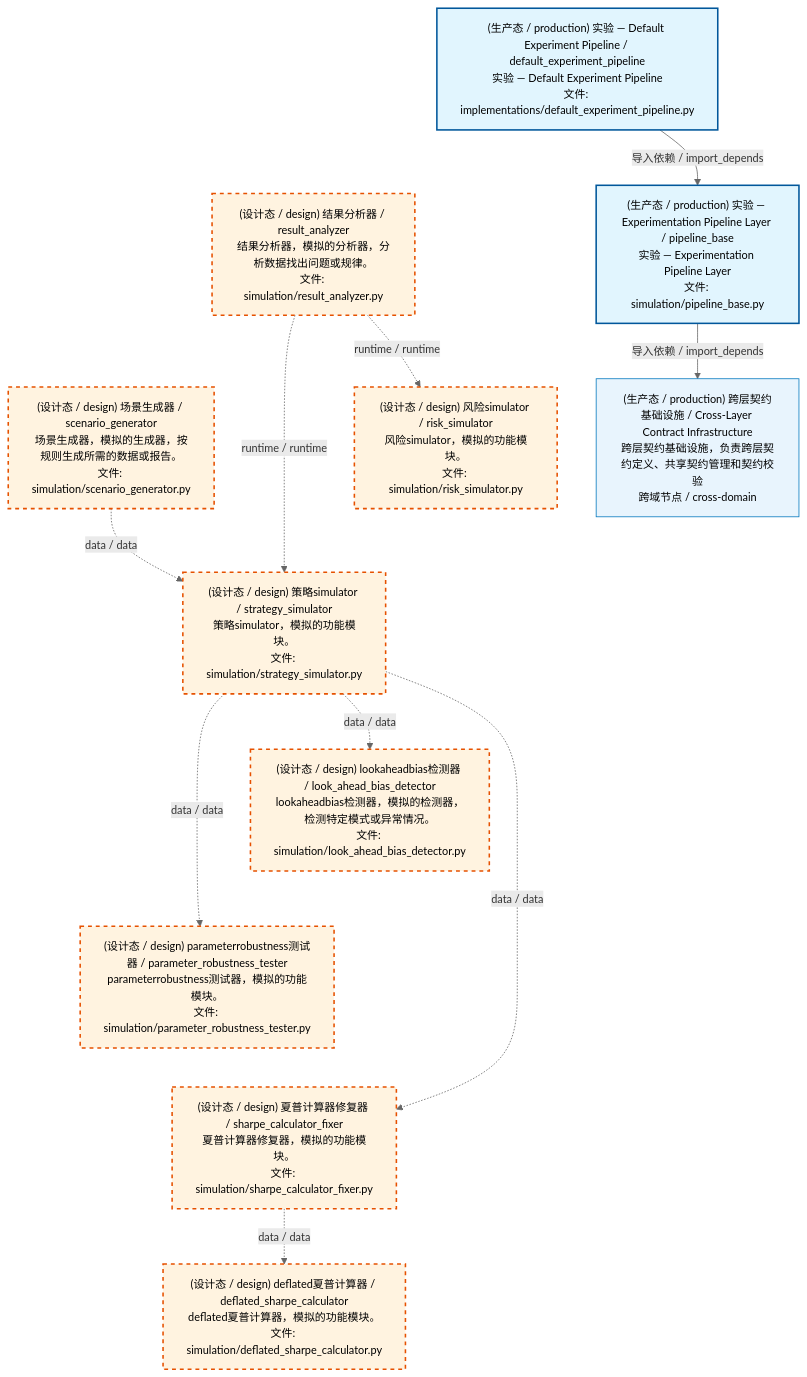
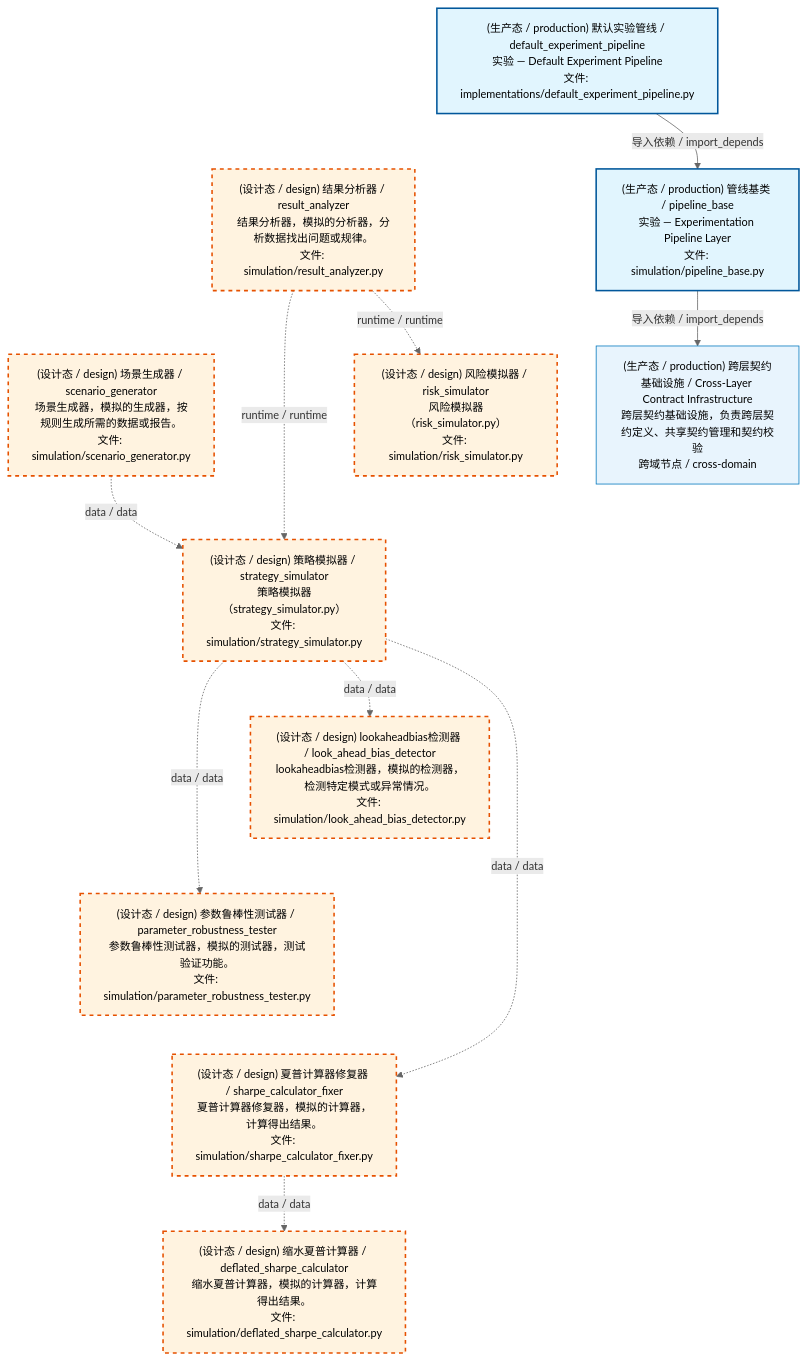
Before and after one commit to xuanFelixVan/ZephyrAlpha: the first of 4 diagrams in docs/02_enterprise_architecture/02_domain_architecture_docs/70_d_simulation.md, drawn with Mermaid. The commit also changed other lines of this file and 50 other files, not shown here.

````diff
--- a/docs/02_enterprise_architecture/02_domain_architecture_docs/70_d_simulation.md
+++ b/docs/02_enterprise_architecture/02_domain_architecture_docs/70_d_simulation.md
@@ -53,37 +53,37 @@
 ```mermaid
 %%{init: {'theme': 'base', 'themeVariables': {'primaryColor': '#eaeaea', 'primaryTextColor': '#333333', 'primaryBorderColor': '#666666', 'lineColor': '#666666', 'secondaryColor': '#eaeaea', 'tertiaryColor': '#eaeaea', 'fontSize': '14px'}}}%%
 flowchart TD
-    src_zephyr_simulation_implementations_default_experiment_pipeline_py["(生产态 / production) 实验 — Default Experiment Pipeline / default_experiment_pipeline<br/>实验 — Default Experiment Pipeline<br/>文件: implementations/default_experiment_pipeline.py"]
+    src_zephyr_simulation_implementations_default_experiment_pipeline_py["(生产态 / production) 默认实验管线 / default_experiment_pipeline<br/>实验 — Default Experiment Pipeline<br/>文件: implementations/default_experiment_pipeline.py"]
     src_zephyr_simulation_result_analyzer_py["(设计态 / design) 结果分析器 / result_analyzer<br/>结果分析器，模拟的分析器，分析数据找出问题或规律。<br/>文件: simulation/result_analyzer.py"]
     src_zephyr_simulation_scenario_generator_py["(设计态 / design) 场景生成器 / scenario_generator<br/>场景生成器，模拟的生成器，按规则生成所需的数据或报告。<br/>文件: simulation/scenario_generator.py"]
     src_zephyr_simulation_implementations_default_experiment_pipeline_py ~~~ src_zephyr_simulation_result_analyzer_py
     src_zephyr_simulation_result_analyzer_py ~~~ src_zephyr_simulation_scenario_generator_py
-    src_zephyr_simulation_pipeline_base_py["(生产态 / production) 实验 — Experimentation Pipeline Layer / pipeline_base<br/>实验 — Experimentation Pipeline Layer<br/>文件: simulation/pipeline_base.py"]
-    src_zephyr_simulation_risk_simulator_py["(设计态 / design) 风险simulator / risk_simulator<br/>风险simulator，模拟的功能模块。<br/>文件: simulation/risk_simulator.py"]
-    src_zephyr_simulation_strategy_simulator_py["(设计态 / design) 策略simulator / strategy_simulator<br/>策略simulator，模拟的功能模块。<br/>文件: simulation/strategy_simulator.py"]
+    src_zephyr_simulation_pipeline_base_py["(生产态 / production) 管线基类 / pipeline_base<br/>实验 — Experimentation Pipeline Layer<br/>文件: simulation/pipeline_base.py"]
+    src_zephyr_simulation_risk_simulator_py["(设计态 / design) 风险模拟器 / risk_simulator<br/>风险模拟器（risk_simulator.py）<br/>文件: simulation/risk_simulator.py"]
+    src_zephyr_simulation_strategy_simulator_py["(设计态 / design) 策略模拟器 / strategy_simulator<br/>策略模拟器（strategy_simulator.py）<br/>文件: simulation/strategy_simulator.py"]
     src_zephyr_simulation_pipeline_base_py ~~~ src_zephyr_simulation_risk_simulator_py
     src_zephyr_simulation_risk_simulator_py ~~~ src_zephyr_simulation_strategy_simulator_py
     src_zephyr_simulation_look_ahead_bias_detector_py["(设计态 / design) lookaheadbias检测器 / look_ahead_bias_detector<br/>lookaheadbias检测器，模拟的检测器，检测特定模式或异常情况。<br/>文件: simulation/look_ahead_bias_detector.py"]
-    src_zephyr_simulation_parameter_robustness_tester_py["(设计态 / design) parameterrobustness测试器 / parameter_robustness_tester<br/>parameterrobustness测试器，模拟的功能模块。<br/>文件: simulation/parameter_robustness_tester.py"]
-    src_zephyr_simulation_sharpe_calculator_fixer_py["(设计态 / design) 夏普计算器修复器 / sharpe_calculator_fixer<br/>夏普计算器修复器，模拟的功能模块。<br/>文件: simulation/sharpe_calculator_fixer.py"]
+    src_zephyr_simulation_parameter_robustness_tester_py["(设计态 / design) 参数鲁棒性测试器 / parameter_robustness_tester<br/>参数鲁棒性测试器，模拟的测试器，测试验证功能。<br/>文件: simulation/parameter_robustness_tester.py"]
+    src_zephyr_simulation_sharpe_calculator_fixer_py["(设计态 / design) 夏普计算器修复器 / sharpe_calculator_fixer<br/>夏普计算器修复器，模拟的计算器，计算得出结果。<br/>文件: simulation/sharpe_calculator_fixer.py"]
     src_zephyr_simulation_look_ahead_bias_detector_py ~~~ src_zephyr_simulation_parameter_robustness_tester_py
     src_zephyr_simulation_parameter_robustness_tester_py ~~~ src_zephyr_simulation_sharpe_calculator_fixer_py
-    src_zephyr_simulation_deflated_sharpe_calculator_py["(设计态 / design) deflated夏普计算器 / deflated_sharpe_calculator<br/>deflated夏普计算器，模拟的功能模块。<br/>文件: simulation/deflated_sharpe_calculator.py"]
+    src_zephyr_simulation_deflated_sharpe_calculator_py["(设计态 / design) 缩水夏普计算器 / deflated_sharpe_calculator<br/>缩水夏普计算器，模拟的计算器，计算得出结果。<br/>文件: simulation/deflated_sharpe_calculator.py"]
     src_zephyr_simulation_strategy_simulator_py -.->|data / data| src_zephyr_simulation_parameter_robustness_tester_py
     src_zephyr_simulation_strategy_simulator_py -.->|data / data| src_zephyr_simulation_look_ahead_bias_detector_py
     src_zephyr_simulation_strategy_simulator_py -.->|data / data| src_zephyr_simulation_sharpe_calculator_fixer_py
     src_zephyr_simulation_scenario_generator_py -.->|data / data| src_zephyr_simulation_strategy_simulator_py
     src_zephyr_simulation_result_analyzer_py -.->|runtime / runtime| src_zephyr_simulation_strategy_simulator_py
     src_zephyr_simulation_result_analyzer_py -.->|runtime / runtime| src_zephyr_simulation_risk_simulator_py
     src_zephyr_simulation_sharpe_calculator_fixer_py -.->|data / data| src_zephyr_simulation_deflated_sharpe_calculator_py
     src_zephyr_simulation_implementations_default_experiment_pipeline_py -->|导入依赖 / import_depends| src_zephyr_simulation_pipeline_base_py
     D_INFRASTRUCTURE["(生产态 / production) 跨层契约基础设施 / Cross-Layer Contract Infrastructure<br/>跨层契约基础设施，负责跨层契约定义、共享契约管理和契约校验<br/>跨域节点 / cross-domain"]
     src_zephyr_simulation_pipeline_base_py -->|导入依赖 / import_depends| D_INFRASTRUCTURE
     classDef production fill:#e1f5fe,stroke:#01579b,stroke-width:2px,color:#000
     classDef design fill:#fff3e0,stroke:#e65100,stroke-width:2px,color:#000,stroke-dasharray: 5 5
     classDef external_prod fill:#e8f4fd,stroke:#0277bd,stroke-width:1px,color:#000
     classDef external_design fill:#fff8e7,stroke:#ef6c00,stroke-width:1px,color:#000,stroke-dasharray: 5 5
     class src_zephyr_simulation_implementations_default_experiment_pipeline_py,src_zephyr_simulation_pipeline_base_py production
     class src_zephyr_simulation_deflated_sharpe_calculator_py,src_zephyr_simulation_look_ahead_bias_detector_py,src_zephyr_simulation_parameter_robustness_tester_py,src_zephyr_simulation_result_analyzer_py,src_zephyr_simulation_risk_simulator_py,src_zephyr_simulation_scenario_generator_py,src_zephyr_simulation_sharpe_calculator_fixer_py,src_zephyr_simulation_strategy_simulator_py design
     class D_INFRASTRUCTURE external_prod
 ```
````
